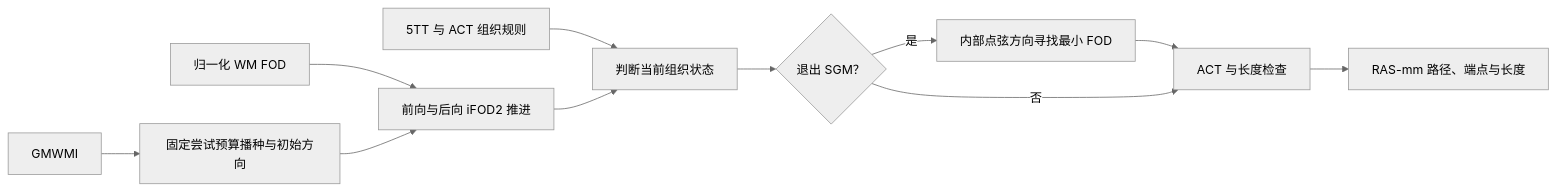
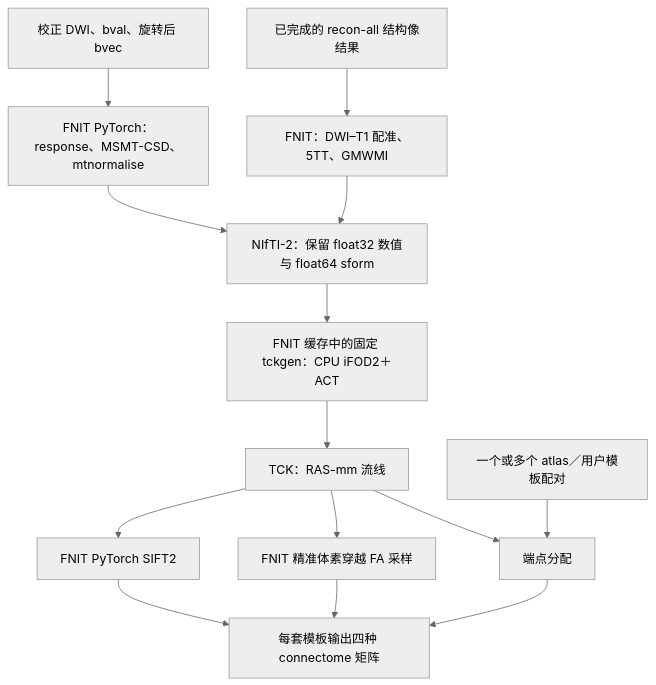
Before and after one commit to weikanggong1/Fudan-Neuroimaging-toolkit: the diagram in docs/connectome/TRACKING_OPERATORS.md, drawn with Mermaid (neutral theme). The commit also changed other lines of this file and 63 other files, not shown here.

Commit message:
Use FNIT-managed MRtrix source for connectome tracking

````diff
--- a/docs/connectome/TRACKING_OPERATORS.md
+++ b/docs/connectome/TRACKING_OPERATORS.md
@@ -13,13 +11,16 @@
 ```mermaid
-flowchart LR
-    GM[GMWMI] --> SEED[固定尝试预算播种与初始方向]
-    FOD[归一化 WM FOD] --> STEP[前向与后向 iFOD2 推进]
-    SEED --> STEP
-    TT[5TT 与 ACT 组织规则] --> ACT[判断当前组织状态]
-    STEP --> ACT
-    ACT --> SGM{退出 SGM？}
-    SGM -- 是 --> CHORD[内部点弦方向寻找最小 FOD]
-    CHORD --> CHECK[ACT 与长度检查]
-    SGM -- 否 --> CHECK
-    CHECK --> OUT[RAS-mm 路径、端点与长度]
+flowchart TD
+    DWI[校正 DWI、bval、旋转后 bvec] --> FOD[FNIT PyTorch：response、MSMT-CSD、mtnormalise]
+    FS[已完成的 recon-all 结构像结果] --> ANAT[FNIT：DWI–T1 配准、5TT、GMWMI]
+    FOD --> IO[NIfTI-2：保留 float32 数值与 float64 sform]
+    ANAT --> IO
+    IO --> TRACK[FNIT 缓存中的固定 tckgen：CPU iFOD2＋ACT]
+    TRACK --> TCK[TCK：RAS-mm 流线]
+    TCK --> SIFT[FNIT PyTorch SIFT2]
+    TCK --> FA[FNIT 精准体素穿越 FA 采样]
+    TCK --> END[端点分配]
+    ATLAS[一个或多个 atlas／用户模板配对] --> END
+    SIFT --> MAT[每套模板输出四种 connectome 矩阵]
+    FA --> MAT
+    END --> MAT
 ```
````
